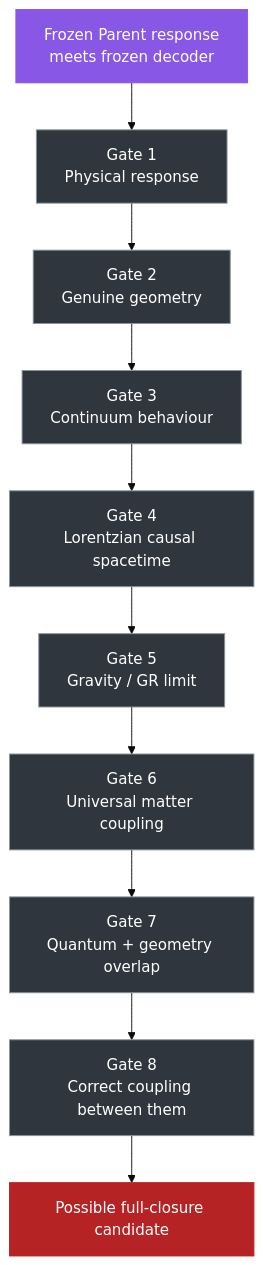
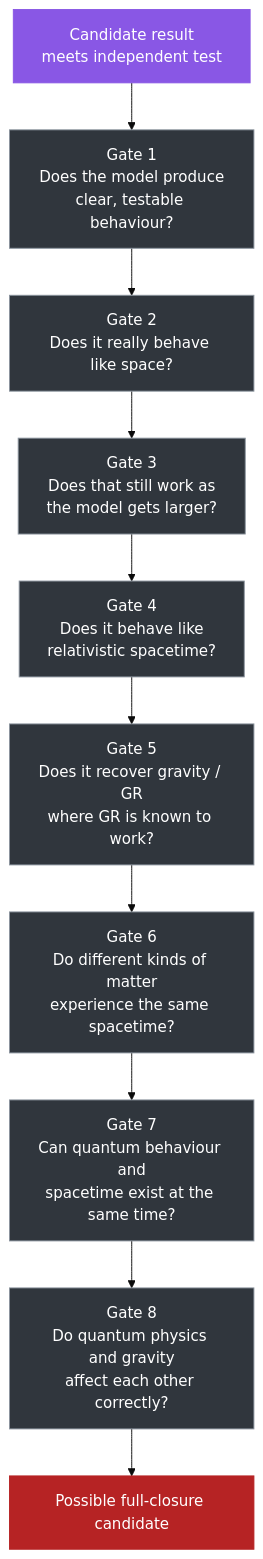
The third of 5 diagrams in Simplified_Framework/WHY_THIS_IS_NOT_A_THEORY_OF_EVERYTHING_YET.md (cameron467/The-Unbreakable-Law), drawn with Mermaid (base theme) before and after one commit. The commit also changed other lines of this file, not shown here.

````diff
--- a/Simplified_Framework/WHY_THIS_IS_NOT_A_THEORY_OF_EVERYTHING_YET.md
+++ b/Simplified_Framework/WHY_THIS_IS_NOT_A_THEORY_OF_EVERYTHING_YET.md
@@ -203,41 +199,41 @@
 ```mermaid
 flowchart TB
 
-    A["Frozen Parent response<br/>meets frozen decoder"]
+    A["Candidate result<br/>meets independent test"]
 
-    B["Gate 1<br/>Physical response"]
+    B["Gate 1<br/>Does the model produce<br/>clear, testable behaviour?"]
 
-    C["Gate 2<br/>Genuine geometry"]
+    C["Gate 2<br/>Does it really behave like space?"]
 
-    D["Gate 3<br/>Continuum behaviour"]
+    D["Gate 3<br/>Does that still work as<br/>the model gets larger?"]
 
-    E["Gate 4<br/>Lorentzian causal spacetime"]
+    E["Gate 4<br/>Does it behave like<br/>relativistic spacetime?"]
 
-    F["Gate 5<br/>Gravity / GR limit"]
+    F["Gate 5<br/>Does it recover gravity / GR<br/>where GR is known to work?"]
 
-    G["Gate 6<br/>Universal matter coupling"]
+    G["Gate 6<br/>Do different kinds of matter<br/>experience the same spacetime?"]
 
-    H["Gate 7<br/>Quantum + geometry overlap"]
+    H["Gate 7<br/>Can quantum behaviour and<br/>spacetime exist at the same time?"]
 
-    I["Gate 8<br/>Correct coupling between them"]
+    I["Gate 8<br/>Do quantum physics and gravity<br/>affect each other correctly?"]
 
     J["Possible full-closure candidate"]
 
     A --> B
     B --> C
     C --> D
     D --> E
     E --> F
     F --> G
     G --> H
     H --> I
     I --> J
 
     classDef start fill:#8957e5,stroke:#8957e5,color:#ffffff;
     classDef open fill:#30363d,stroke:#8b949e,color:#ffffff;
     classDef final fill:#b62324,stroke:#b62324,color:#ffffff;
 
     class A start;
     class B,C,D,E,F,G,H,I open;
     class J final;
 ```
````
